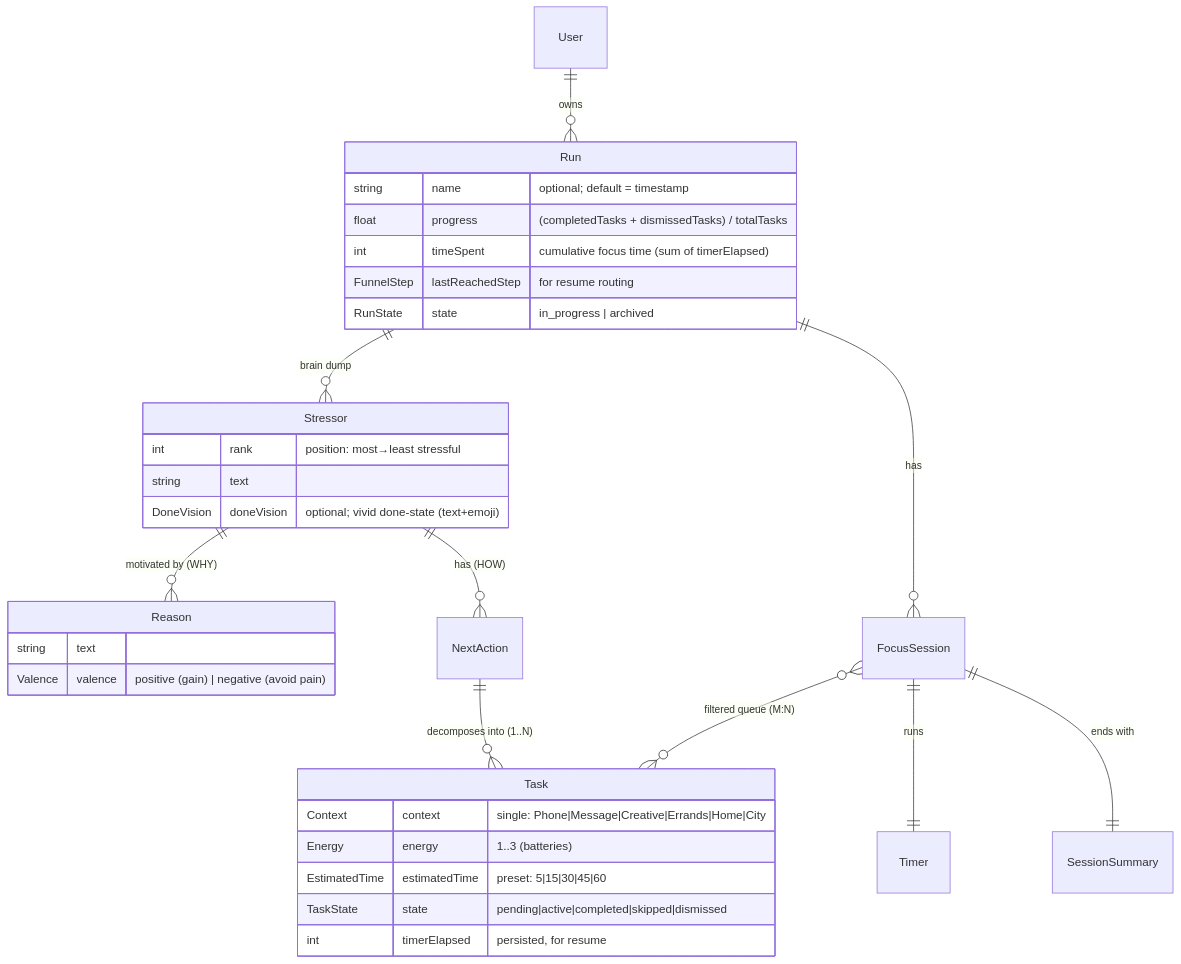
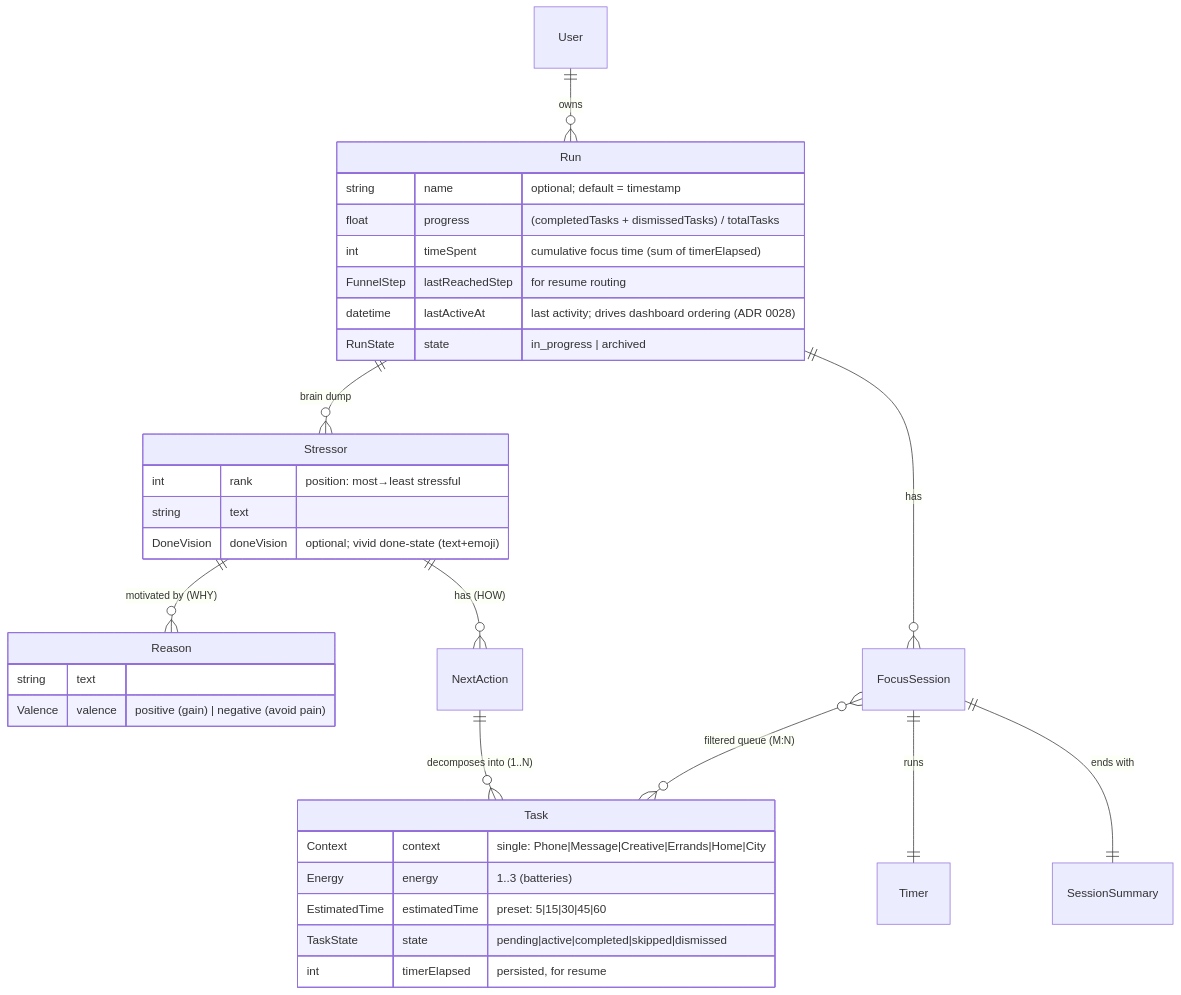
The diagram in docs/ENTITY_MAP.md (marekbrze/autowork), drawn with Mermaid before and after one commit. The commit also changed other lines of this file and 7 other files, not shown here.

First line of the commit message:
proto-detail(dashboard): capture launcher vision + flows

````diff
--- a/docs/ENTITY_MAP.md
+++ b/docs/ENTITY_MAP.md
@@ -8,36 +8,37 @@
 ```mermaid
 erDiagram
     User ||--o{ Run : "owns"
     Run ||--o{ Stressor : "brain dump"
     Stressor ||--o{ Reason : "motivated by (WHY)"
     Stressor ||--o{ NextAction : "has (HOW)"
     NextAction ||--o{ Task : "decomposes into (1..N)"
     Run ||--o{ FocusSession : "has"
     FocusSession }o--o{ Task : "filtered queue (M:N)"
     FocusSession ||--|| Timer : "runs"
     FocusSession ||--|| SessionSummary : "ends with"
 
     Task {
         Context context "single: Phone|Message|Creative|Errands|Home|City"
         Energy energy "1..3 (batteries)"
         EstimatedTime estimatedTime "preset: 5|15|30|45|60"
         TaskState state "pending|active|completed|skipped|dismissed"
         int timerElapsed "persisted, for resume"
     }
     Stressor {
         int rank "position: most→least stressful"
         string text
         DoneVision doneVision "optional; vivid done-state (text+emoji)"
     }
     Reason {
         string text
         Valence valence "positive (gain) | negative (avoid pain)"
     }
     Run {
         string name "optional; default = timestamp"
         float progress "(completedTasks + dismissedTasks) / totalTasks"
         int timeSpent "cumulative focus time (sum of timerElapsed)"
         FunnelStep lastReachedStep "for resume routing"
+        datetime lastActiveAt "last activity; drives dashboard ordering (ADR 0028)"
         RunState state "in_progress | archived"
     }
 ```
````
